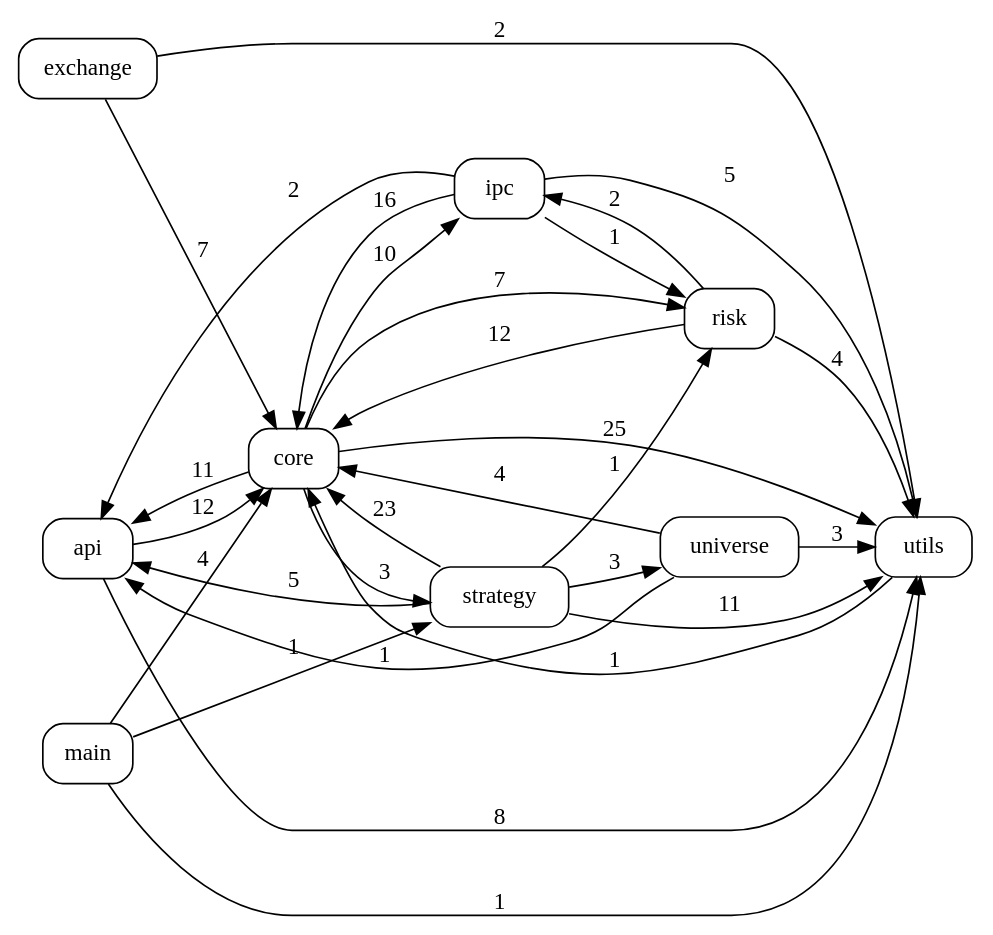
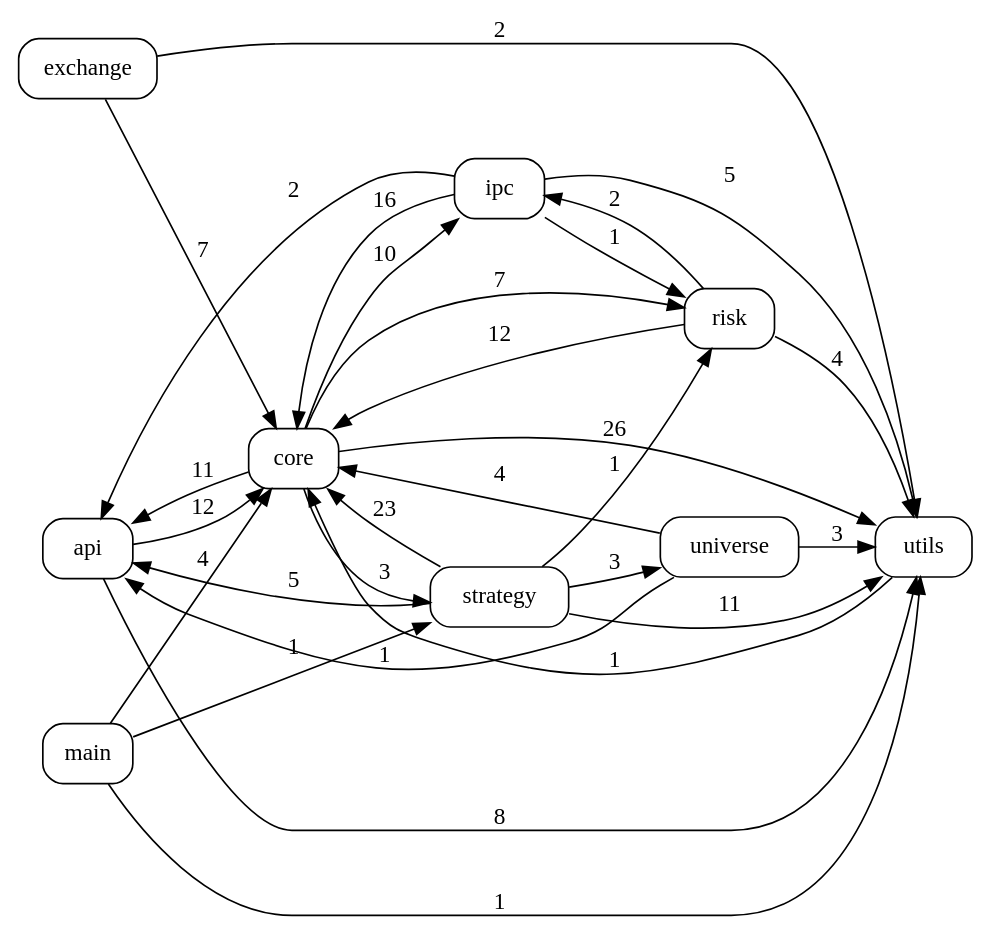
The diagram in docs/code_graph.dot (pypy8171/Quant), drawn with Graphviz before and after one commit. The commit also changed 10 other files, not shown here.

```diff
--- a/docs/code_graph.dot
+++ b/docs/code_graph.dot
@@ -1,41 +1,41 @@
 digraph code_graph {
   rankdir=LR;
   node [shape=box, style=rounded, fontname="Consolas"];
   "api";
   "core";
   "exchange";
   "ipc";
   "main";
   "risk";
   "strategy";
   "universe";
   "utils";
   "api" -> "core" [label="12"];
   "api" -> "utils" [label="8"];
   "core" -> "api" [label="11"];
   "core" -> "ipc" [label="10"];
   "core" -> "risk" [label="7"];
   "core" -> "strategy" [label="3"];
-  "core" -> "utils" [label="25"];
+  "core" -> "utils" [label="26"];
   "exchange" -> "core" [label="7"];
   "exchange" -> "utils" [label="2"];
   "ipc" -> "api" [label="2"];
   "ipc" -> "core" [label="16"];
   "ipc" -> "risk" [label="1"];
   "ipc" -> "utils" [label="5"];
   "main" -> "core" [label="4"];
   "main" -> "strategy" [label="1"];
   "main" -> "utils" [label="1"];
   "risk" -> "core" [label="12"];
   "risk" -> "ipc" [label="2"];
   "risk" -> "utils" [label="4"];
   "strategy" -> "api" [label="5"];
   "strategy" -> "core" [label="23"];
   "strategy" -> "risk" [label="1"];
   "strategy" -> "universe" [label="3"];
   "strategy" -> "utils" [label="11"];
   "universe" -> "api" [label="1"];
   "universe" -> "core" [label="4"];
   "universe" -> "utils" [label="3"];
   "utils" -> "core" [label="1"];
 }
```
